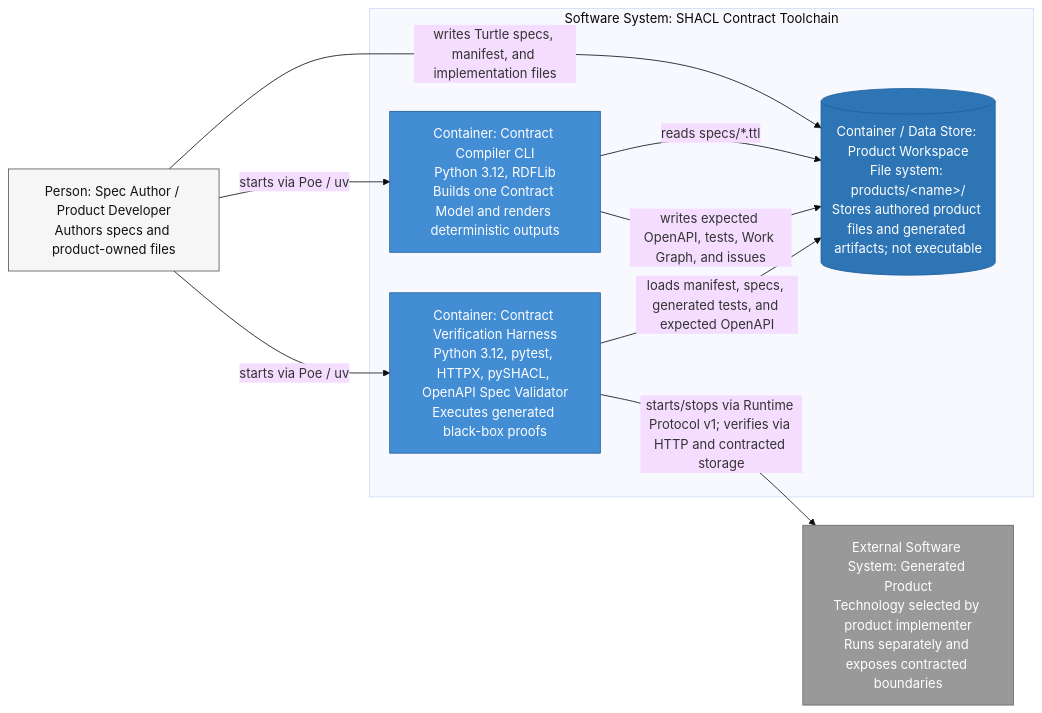
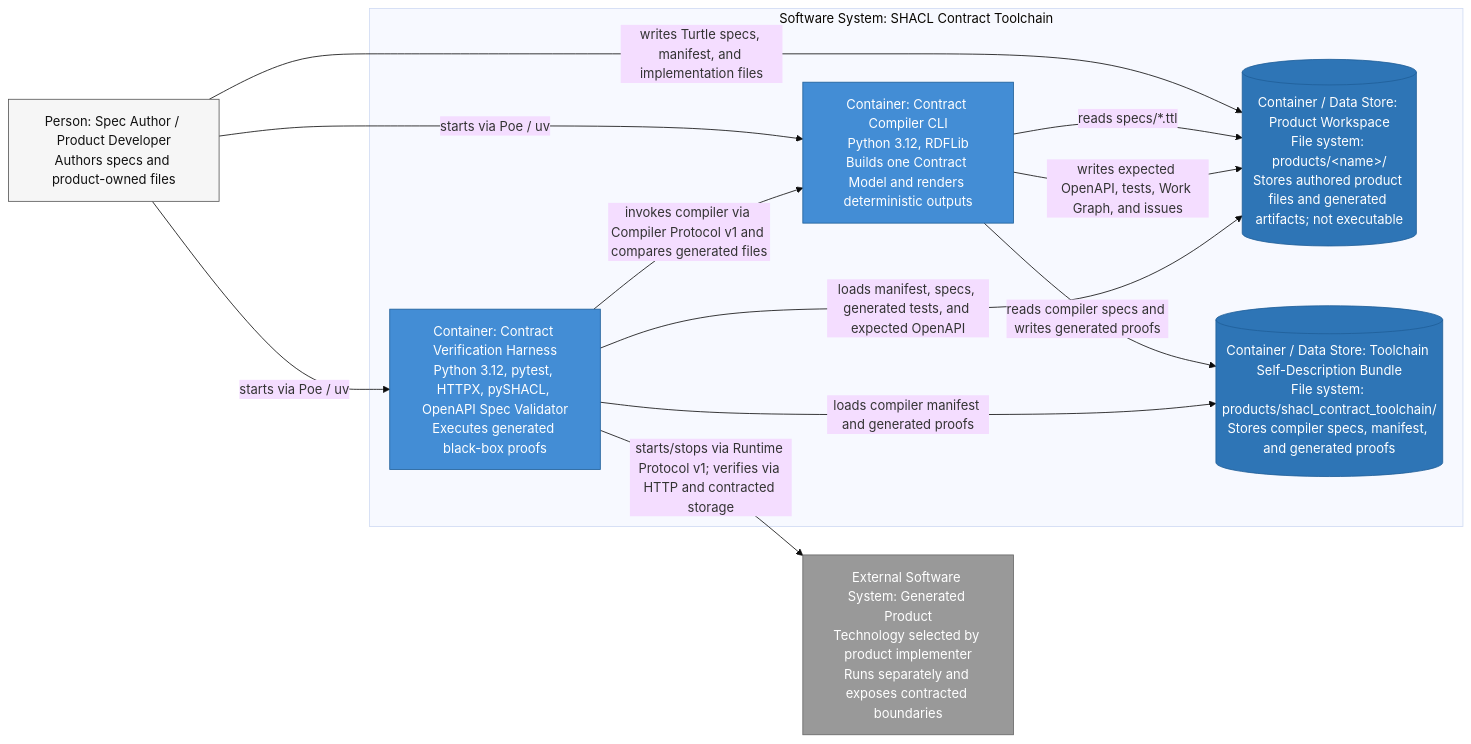
One commit to arturmiller/spec-compiler changed the second of 5 diagrams in docs/architecture/c4.md. Above: the diagram before and after it, drawn with Mermaid (base theme). The commit also changed other lines of this file and 19 other files, not shown here.

Commit message:
Add replaceable compiler self-description

````diff
--- a/docs/architecture/c4.md
+++ b/docs/architecture/c4.md
@@ -61,29 +67,33 @@
 ```mermaid
 flowchart LR
     author["Person: Spec Author / Product Developer<br/>Authors specs and product-owned files"]
 
     subgraph tool_boundary["Software System: SHACL Contract Toolchain"]
         compiler["Container: Contract Compiler CLI<br/>Python 3.12, RDFLib<br/>Builds one Contract Model and renders deterministic outputs"]
         harness["Container: Contract Verification Harness<br/>Python 3.12, pytest, HTTPX, pySHACL, OpenAPI Spec Validator<br/>Executes generated black-box proofs"]
         workspace[("Container / Data Store: Product Workspace<br/>File system: products/&lt;name&gt;/<br/>Stores authored product files and generated artifacts; not executable")]
+        selfdesc[("Container / Data Store: Toolchain Self-Description Bundle<br/>File system: products/shacl_contract_toolchain/<br/>Stores compiler specs, manifest, and generated proofs")]
     end
 
     product["External Software System: Generated Product<br/>Technology selected by product implementer<br/>Runs separately and exposes contracted boundaries"]
 
     author -->|"writes Turtle specs, manifest, and implementation files"| workspace
     author -->|"starts via Poe / uv"| compiler
     author -->|"starts via Poe / uv"| harness
     compiler -->|"reads specs/*.ttl"| workspace
     compiler -->|"writes expected OpenAPI, tests, Work Graph, and issues"| workspace
+    compiler -->|"reads compiler specs and writes generated proofs"| selfdesc
     harness -->|"loads manifest, specs, generated tests, and expected OpenAPI"| workspace
     harness -->|"starts/stops via Runtime Protocol v1; verifies via HTTP and contracted storage"| product
+    harness -->|"invokes compiler via Compiler Protocol v1 and compares generated files"| compiler
+    harness -->|"loads compiler manifest and generated proofs"| selfdesc
 
     classDef person fill:#f6f6f6,stroke:#555,color:#111;
     classDef container fill:#438dd5,stroke:#1f5f99,color:#fff;
     classDef datastore fill:#2e75b6,stroke:#1f5f99,color:#fff;
     classDef external fill:#999,stroke:#666,color:#fff;
     class author person;
     class compiler,harness container;
-    class workspace datastore;
+    class workspace,selfdesc datastore;
     class product external;
 ```
````
